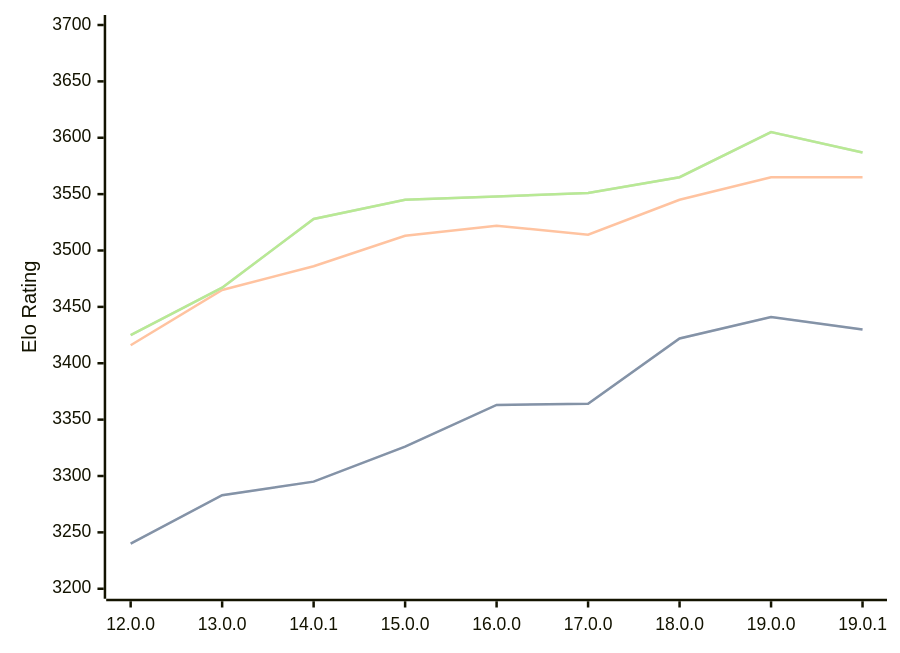
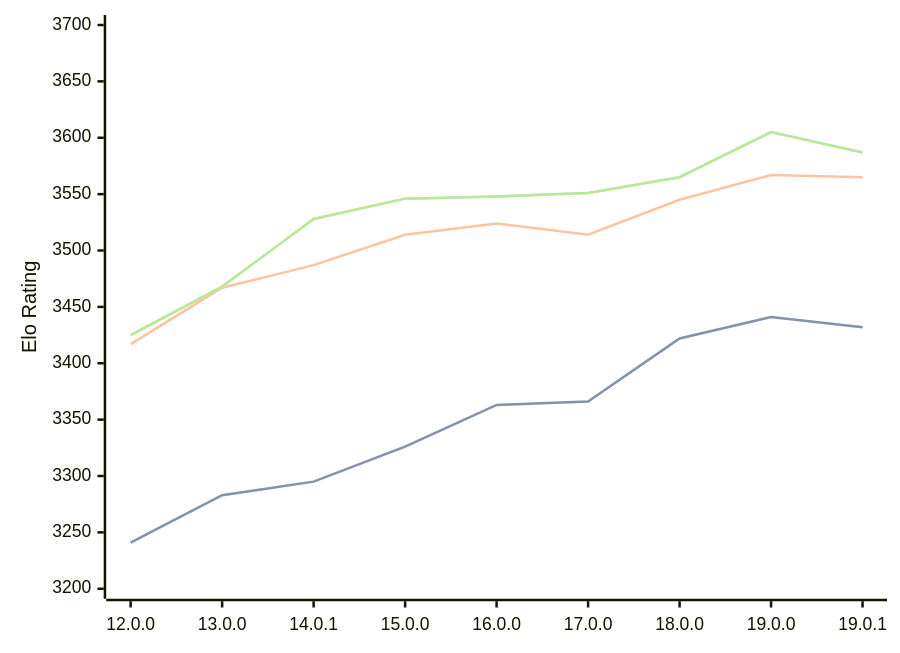
One commit to computer-chess-index/cci changed the diagram in engines/Viridithas.md. Above: the diagram before and after it, drawn with Mermaid. The commit also changed other lines of this file, not shown here.

Commit message:
Update CCI Ratings (ELO VLTC) - 2026-02-15

````diff
--- a/engines/Viridithas.md
+++ b/engines/Viridithas.md
@@ -60,11 +60,11 @@
 ```mermaid
 %%{init: {"theme":"base","themeVariables":{"seriesColors:['#a3a3a3','#222221','#faa371']}}}%%
 xychart-beta
   x-axis ["12.0.0", "13.0.0", "14.0.1", "15.0.0", "16.0.0", "17.0.0", "18.0.0", "19.0.0", "19.0.1"]
   y-axis "Elo Rating" 3200 --> 3700
-  line "STC (8.0+0.08s)" [3240, 3283, 3295, 3326, 3363, 3364, 3422, 3441, 3430]
-  line "STC (8.0+0.08s)" [3240, 3283, 3295, 3326, 3363, 3364, 3422, 3441, 3430]
-  line "LTC (60.0+0.60s)" [3416, 3465, 3486, 3513, 3522, 3514, 3545, 3565, 3565]
-  line "VLTC (2m24s+1.12s)" [3425, 3467, 3528, 3545, 3548, 3551, 3565, 3605, 3587]
-  line "VLTC (2m24s+1.12s)" [3425, 3467, 3528, 3545, 3548, 3551, 3565, 3605, 3587]
+  line "STC (8.0+0.08s)" [3241, 3283, 3295, 3326, 3363, 3366, 3422, 3441, 3432]
+  line "STC (8.0+0.08s)" [3241, 3283, 3295, 3326, 3363, 3366, 3422, 3441, 3432]
+  line "LTC (60.0+0.60s)" [3417, 3467, 3487, 3514, 3524, 3514, 3545, 3567, 3565]
+  line "VLTC (2m24s+1.12s)" [3425, 3468, 3528, 3546, 3548, 3551, 3565, 3605, 3587]
+  line "VLTC (2m24s+1.12s)" [3425, 3468, 3528, 3546, 3548, 3551, 3565, 3605, 3587]
 ```
````
